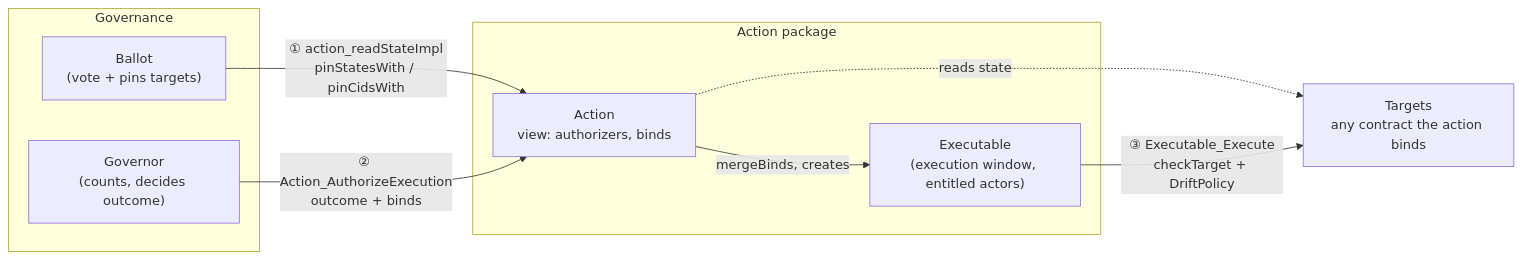
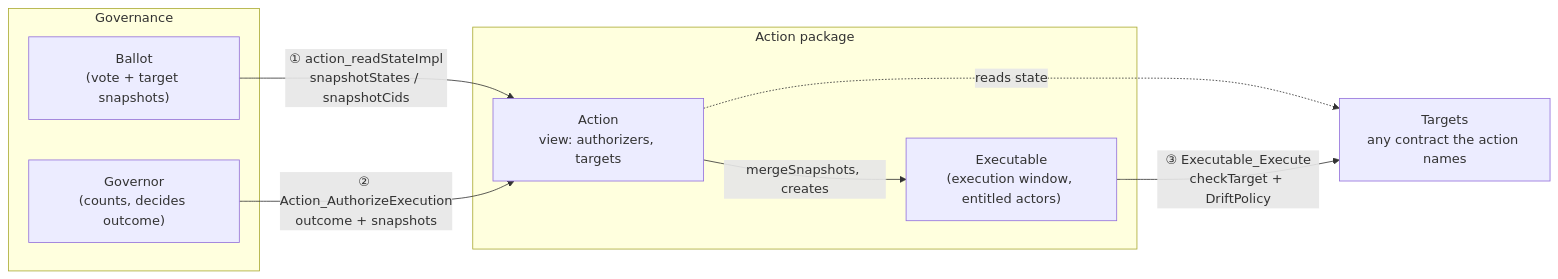
The diagram in cap-governance-rationale.md (unlockitio/concordia), drawn with Mermaid before and after one commit. The commit also changed other lines of this file and 48 other files, not shown here.

````diff
--- a/cap-governance-rationale.md
+++ b/cap-governance-rationale.md
@@ -134,20 +141,20 @@
 ```mermaid
 flowchart LR
   subgraph GOV["Governance "]
-    Ballot["Ballot<br/>(vote + pins targets)"]
+    Ballot["Ballot<br/>(vote + target snapshots)"]
     Governor["Governor<br/>(counts, decides outcome)"]
   end
 
   subgraph ACT["Action package"]
-    Action["Action<br/>view: authorizers, binds"]
+    Action["Action<br/>view: authorizers, targets"]
     Executable["Executable<br/>(execution window, entitled actors)"]
   end
 
-  Targets["Targets<br/>any contract the action binds"]
+  Targets["Targets<br/>any contract the action names"]
 
-  Ballot -- "① action_readStateImpl<br/>pinStatesWith / pinCidsWith" --> Action
+  Ballot -- "① action_readStateImpl<br/>snapshotStates / snapshotCids" --> Action
   Action -. "reads state" .-> Targets
-  Governor -- "② Action_AuthorizeExecution<br/>outcome + binds" --> Action
-  Action -- "mergeBinds, creates" --> Executable
+  Governor -- "② Action_AuthorizeExecution<br/>outcome + snapshots" --> Action
+  Action -- "mergeSnapshots, creates" --> Executable
   Executable -- "③ Executable_Execute<br/>checkTarget + DriftPolicy" --> Targets
 ```
````
